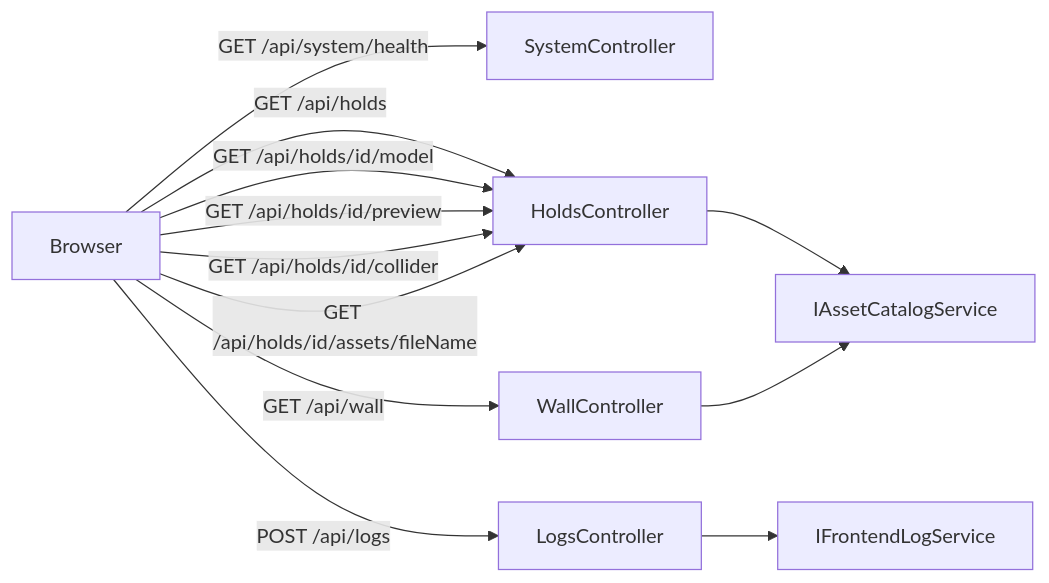
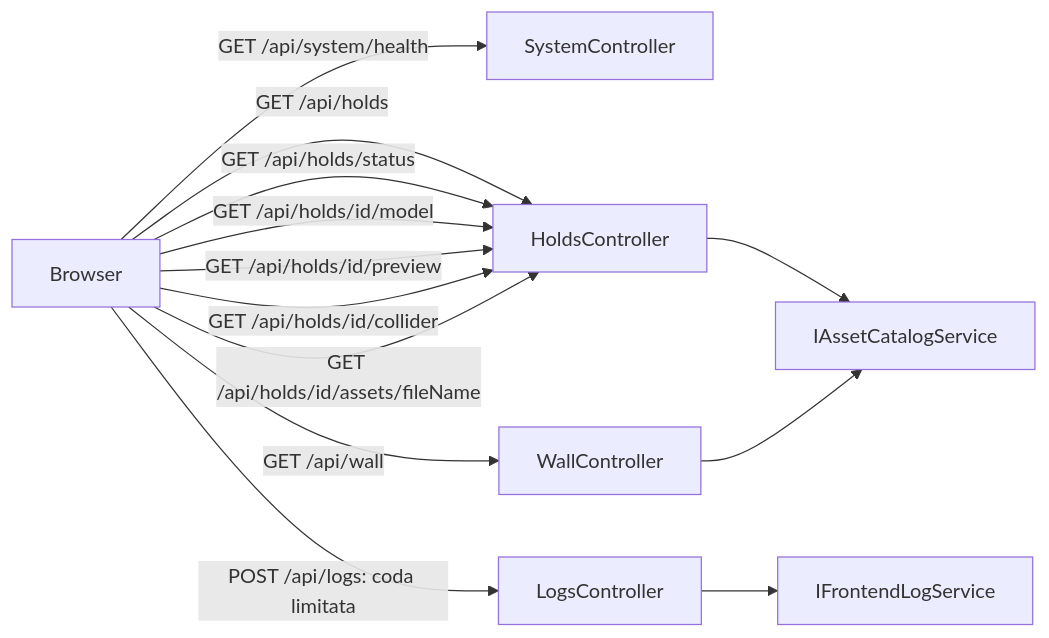
Before and after one commit to filippocurati/DEV.TEST-the-route-setter-beta: the third of 9 diagrams in gpt-5.6-sol/the-route-setter-beta/docs/applicazione.md, drawn with Mermaid. The commit also changed other lines of this file and 93 other files, not shown here.

````diff
--- a/gpt-5.6-sol/the-route-setter-beta/docs/applicazione.md
+++ b/gpt-5.6-sol/the-route-setter-beta/docs/applicazione.md
@@ -72,14 +76,15 @@
 ```mermaid
 flowchart LR
   B[Browser] -->|GET /api/system/health| SYS[SystemController]
   B -->|GET /api/wall| WC[WallController]
   B -->|GET /api/holds| HC[HoldsController]
+  B -->|GET /api/holds/status| HC
   B -->|GET /api/holds/id/model| HC
   B -->|GET /api/holds/id/preview| HC
   B -->|GET /api/holds/id/collider| HC
   B -->|GET /api/holds/id/assets/fileName| HC
-  B -->|POST /api/logs| LC[LogsController]
+  B -->|POST /api/logs: coda limitata| LC[LogsController]
   HC --> AS[IAssetCatalogService]
   WC --> AS
   LC --> LS[IFrontendLogService]
 ```
````
